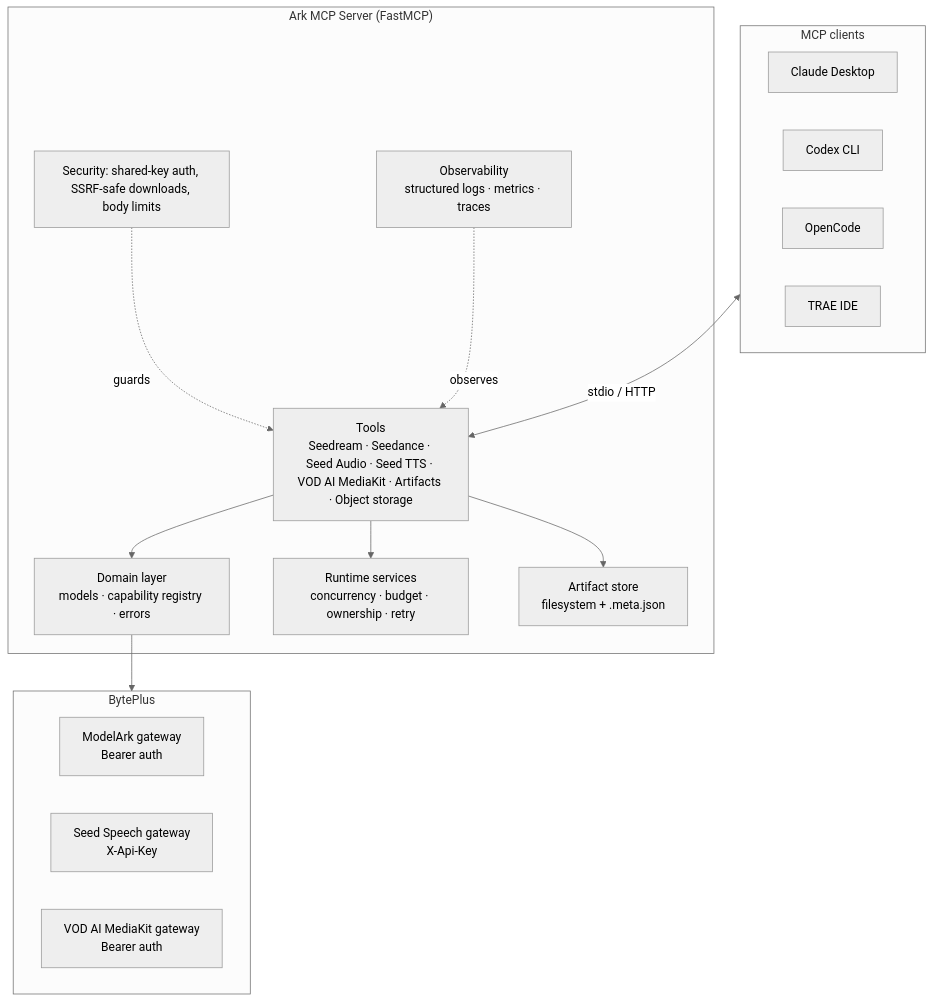
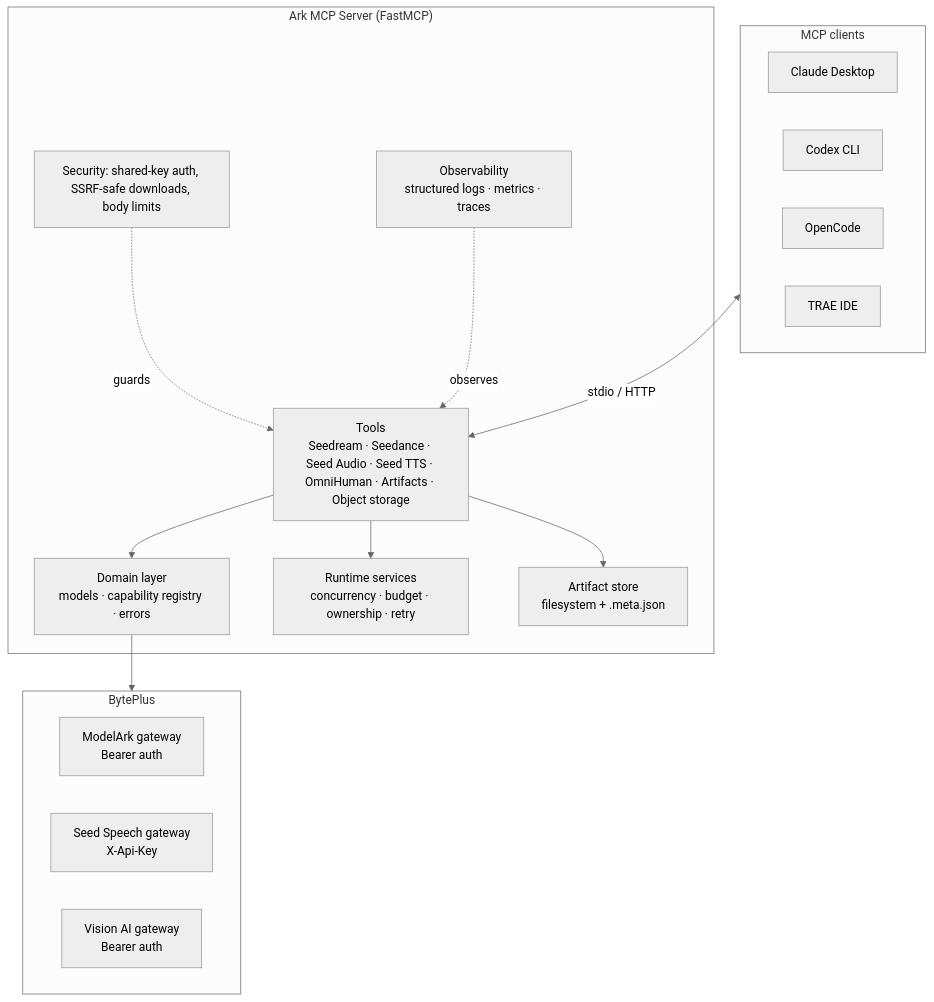
One commit to byteplus-sa/ark-mcp changed the first of 3 diagrams in README.md. Above: the diagram before and after it, drawn with Mermaid (neutral theme). The commit also changed other lines of this file and 106 other files, not shown here.

Commit message:
feat!: remove VOD and MediaKit support

````diff
--- a/README.md
+++ b/README.md
@@ -171,29 +165,29 @@
 ```mermaid
 flowchart TB
   subgraph Client["MCP clients"]
     CD[Claude Desktop]
     CX[Codex CLI]
     OC[OpenCode]
     TR[TRAE IDE]
   end
   subgraph Server["Ark MCP Server (FastMCP)"]
-    Tools["Tools<br/>Seedream · Seedance · Seed Audio · Seed TTS · VOD AI MediaKit · Artifacts · Object storage"]
+    Tools["Tools<br/>Seedream · Seedance · Seed Audio · Seed TTS · OmniHuman · Artifacts · Object storage"]
     Domain["Domain layer<br/>models · capability registry · errors"]
     Runtime["Runtime services<br/>concurrency · budget · ownership · retry"]
     Store["Artifact store<br/>filesystem + .meta.json"]
     Sec["Security: shared-key auth, SSRF-safe downloads, body limits"]
     Obs["Observability<br/>structured logs · metrics · traces"]
   end
   subgraph Providers["BytePlus"]
     MA["ModelArk gateway<br/>Bearer auth"]
     SS["Seed Speech gateway<br/>X-Api-Key"]
-    VOD["VOD AI MediaKit gateway<br/>Bearer auth"]
+    CV["Vision AI gateway<br/>Bearer auth"]
   end
   Client <-->|"stdio / HTTP"| Tools
   Tools --> Domain
   Tools --> Runtime
   Tools --> Store
   Domain --> Providers
   Sec -. guards .-> Tools
   Obs -. observes .-> Tools
 ```
````
